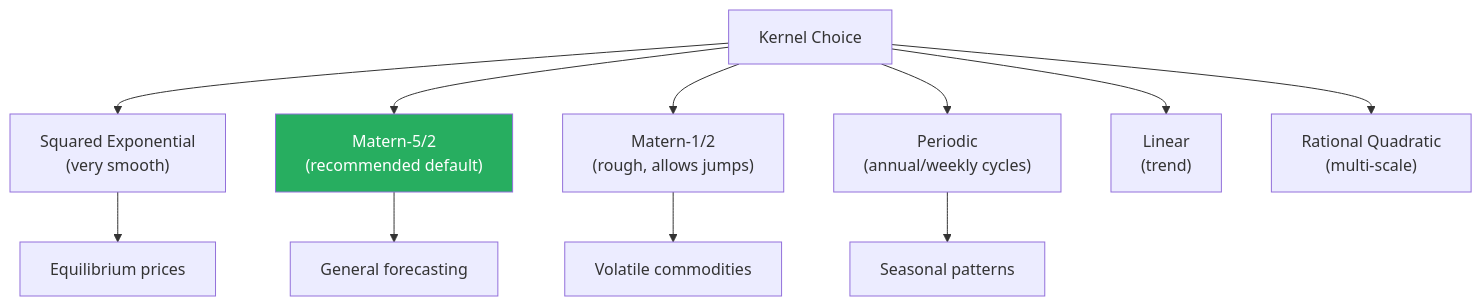
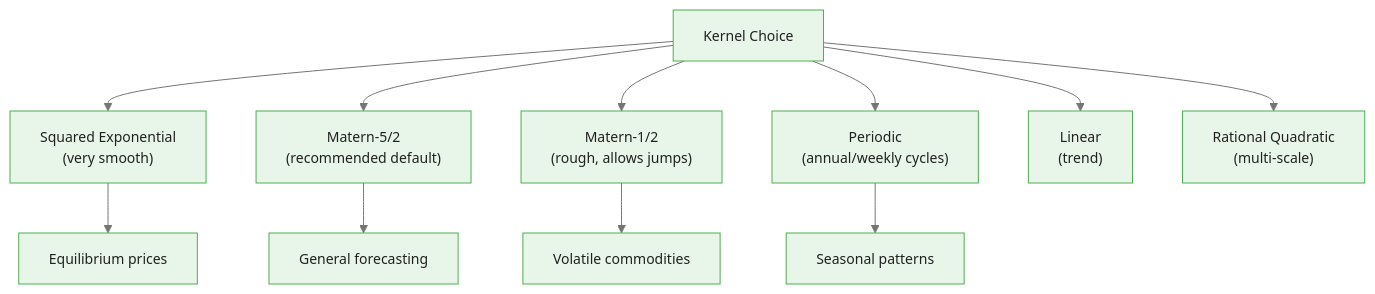
Before and after one commit to m-deane/course-creator: the second of 4 diagrams in courses/bayesian-commodity-forecasting/modules/module_05_gaussian_processes/guides/01_gp_fundamentals_slides.md, drawn with Mermaid. The commit also changed other lines of this file and 104 other files, not shown here.

````diff
--- a/courses/bayesian-commodity-forecasting/modules/module_05_gaussian_processes/guides/01_gp_fundamentals_slides.md
+++ b/courses/bayesian-commodity-forecasting/modules/module_05_gaussian_processes/guides/01_gp_fundamentals_slides.md
@@ -138,14 +152,14 @@
 ```mermaid
+%%{init: {"theme": "base", "themeVariables": {"primaryColor": "#e8f5e9", "primaryBorderColor": "#4caf50", "primaryTextColor": "#212121", "secondaryColor": "#e3f2fd", "tertiaryColor": "#fff8e1", "lineColor": "#757575", "fontFamily": "Inter, sans-serif", "fontSize": "14px"}}}%%
 flowchart TD
     K["Kernel Choice"] --> SE["Squared Exponential\n(very smooth)"]
     K --> M52["Matern-5/2\n(recommended default)"]
     K --> M12["Matern-1/2\n(rough, allows jumps)"]
     K --> PER["Periodic\n(annual/weekly cycles)"]
     K --> LIN["Linear\n(trend)"]
     K --> RQ["Rational Quadratic\n(multi-scale)"]
     SE --> EQ["Equilibrium prices"]
     M52 --> GEN["General forecasting"]
     M12 --> VOL["Volatile commodities"]
     PER --> SEA["Seasonal patterns"]
-    style M52 fill:#27ae60,color:#fff
 ```
````
